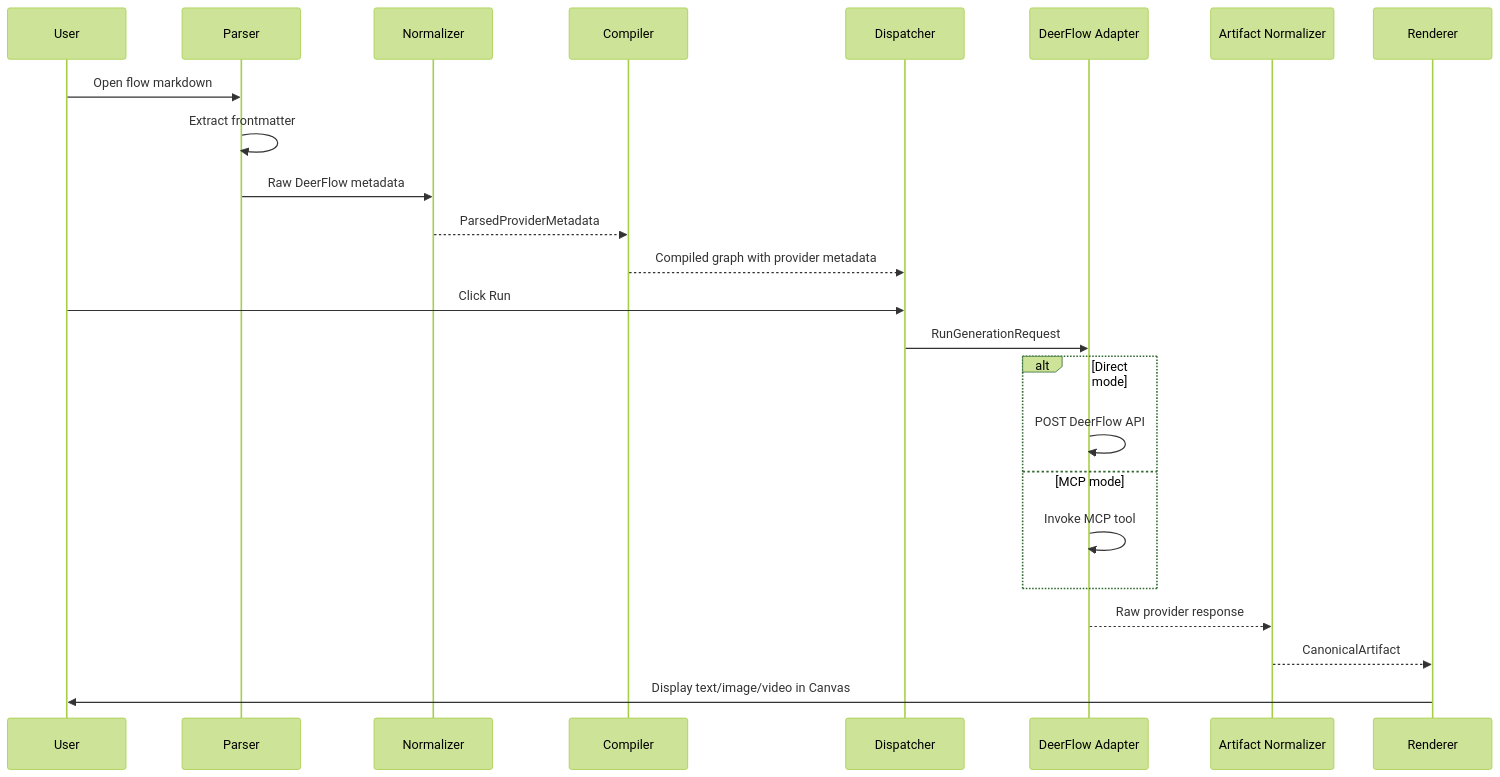
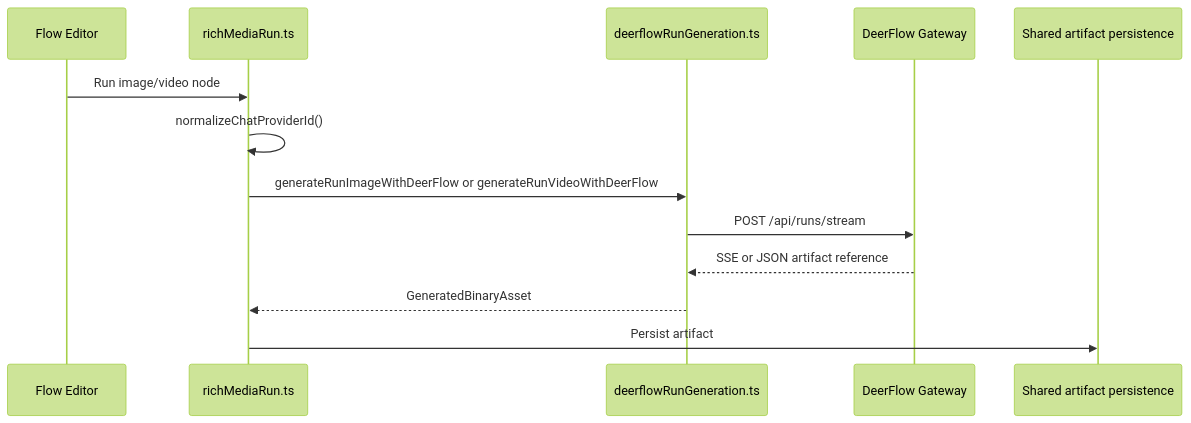
The second of 3 diagrams in docs/documents/knowgrph-deerflow/knowgrph-deerflow-prd-tad-integration-contracts-and-patterns.md (huijoohwee/knowgrph), drawn with Mermaid (forest theme) before and after one commit. The commit also changed other lines of this file and 88 other files, not shown here.

````diff
--- a/docs/documents/knowgrph-deerflow/knowgrph-deerflow-prd-tad-integration-contracts-and-patterns.md
+++ b/docs/documents/knowgrph-deerflow/knowgrph-deerflow-prd-tad-integration-contracts-and-patterns.md
@@ -356,27 +177,16 @@
 ```mermaid
 sequenceDiagram
-    participant User
-    participant Parser
-    participant Normalizer
-    participant Compiler
-    participant Dispatcher
-    participant Adapter as DeerFlow Adapter
-    participant Normalizer2 as Artifact Normalizer
-    participant Renderer
+    participant Flow as Flow Editor
+    participant Runtime as richMediaRun.ts
+    participant Adapter as deerflowRunGeneration.ts
+    participant Gateway as DeerFlow Gateway
+    participant Store as Shared artifact persistence
 
-    User ->> Parser : Open flow markdown
-    Parser ->> Parser : Extract frontmatter
-    Parser ->> Normalizer : Raw DeerFlow metadata
-    Normalizer -->> Compiler : ParsedProviderMetadata
-    Compiler -->> Dispatcher : Compiled graph with provider metadata
-    User ->> Dispatcher : Click Run
-    Dispatcher ->> Adapter : RunGenerationRequest
-    alt Direct mode
-        Adapter ->> Adapter : POST DeerFlow API
-    else MCP mode
-        Adapter ->> Adapter : Invoke MCP tool
-    end
-    Adapter -->> Normalizer2 : Raw provider response
-    Normalizer2 -->> Renderer : CanonicalArtifact
-    Renderer ->> User : Display text/image/video in Canvas
+    Flow ->> Runtime : Run image/video node
+    Runtime ->> Runtime : normalizeChatProviderId()
+    Runtime ->> Adapter : generateRunImageWithDeerFlow or generateRunVideoWithDeerFlow
+    Adapter ->> Gateway : POST /api/runs/stream
+    Gateway -->> Adapter : SSE or JSON artifact reference
+    Adapter -->> Runtime : GeneratedBinaryAsset
+    Runtime ->> Store : Persist artifact
 ```
````
